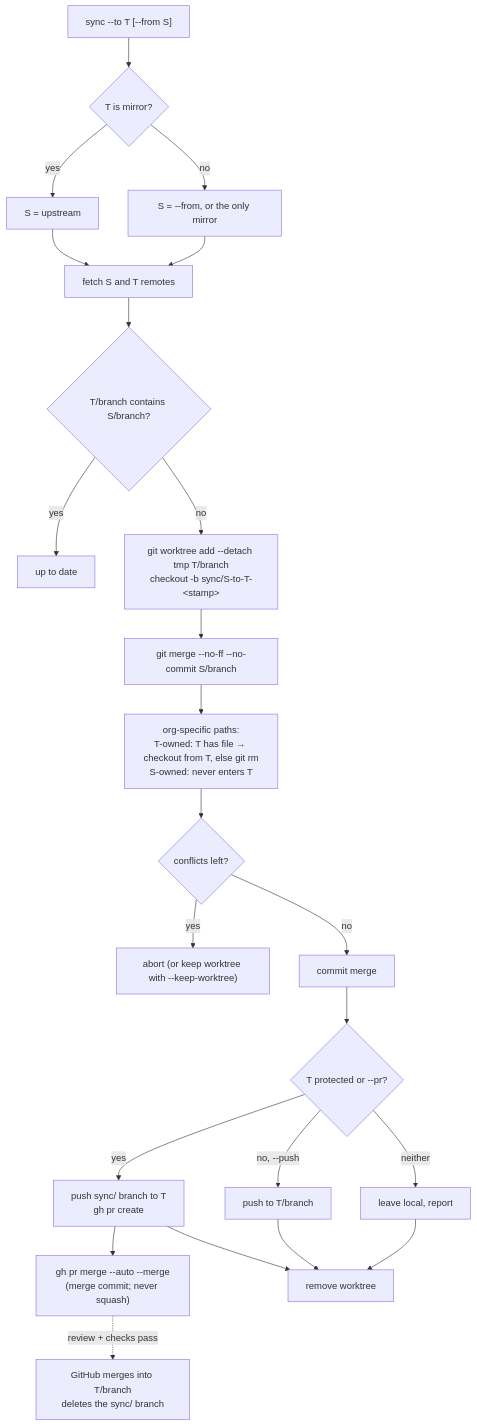
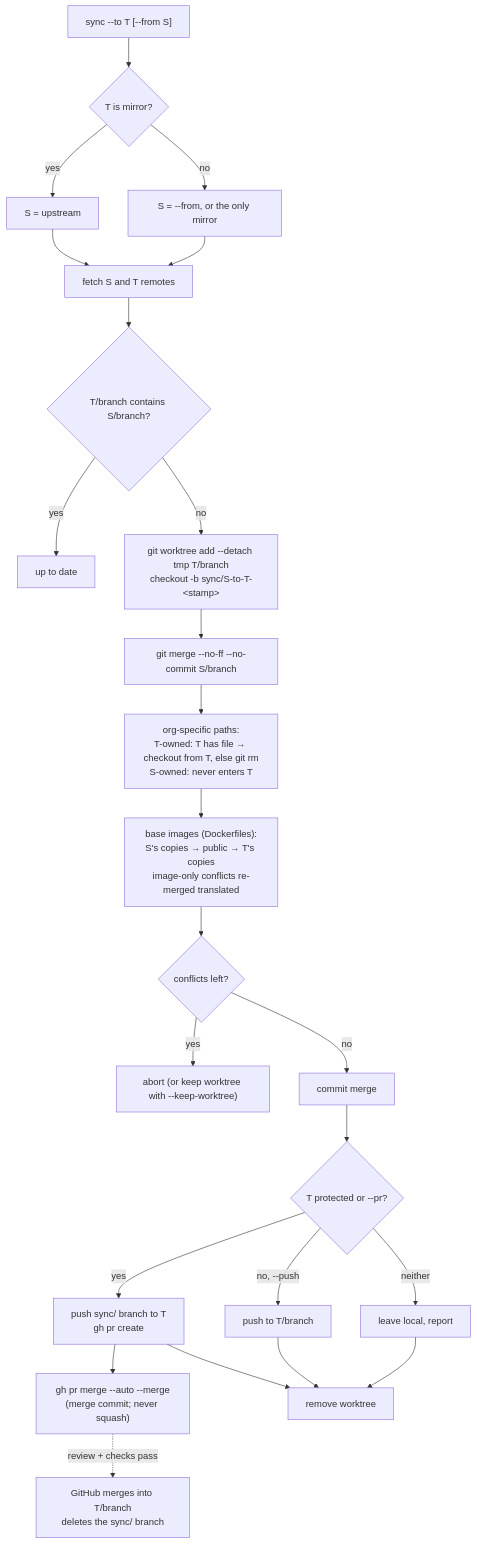
One commit to reactorynet/reactory-workspace changed the fourth of 5 diagrams in docs/ARCHITECTURE.md. Above: the diagram before and after it, drawn with Mermaid. The commit also changed other lines of this file and 4 other files, not shown here.

First line of the commit message:
Sync: rewrite Dockerfile base images per org (base_images) (#6)

````diff
--- a/docs/ARCHITECTURE.md
+++ b/docs/ARCHITECTURE.md
@@ -126,25 +126,26 @@
 ```mermaid
 flowchart TD
     A["sync --to T [--from S]"] --> B{"T is mirror?"}
     B -->|yes| S1["S = upstream"]
     B -->|no| S2["S = --from, or the only mirror"]
     S1 --> C
     S2 --> C
     C["fetch S and T remotes"] --> D{"T/branch contains S/branch?"}
     D -->|yes| UP["up to date"]
     D -->|no| W["git worktree add --detach tmp T/branch<br/>checkout -b sync/S-to-T-&lt;stamp&gt;"]
     W --> M["git merge --no-ff --no-commit S/branch"]
     M --> P["org-specific paths:<br/>T-owned: T has file → checkout from T, else git rm<br/>S-owned: never enters T"]
-    P --> K{"conflicts left?"}
+    P --> I["base images (Dockerfiles):<br/>S's copies → public → T's copies<br/>image-only conflicts re-merged translated"]
+    I --> K{"conflicts left?"}
     K -->|yes| X["abort (or keep worktree with --keep-worktree)"]
     K -->|no| CM["commit merge"]
     CM --> Q{"T protected or --pr?"}
     Q -->|yes| PR["push sync/ branch to T<br/>gh pr create"]
     PR --> AM["gh pr merge --auto --merge<br/>(merge commit; never squash)"]
     AM -.->|review + checks pass| GHM["GitHub merges into T/branch<br/>deletes the sync/ branch"]
     Q -->|no, --push| DP["push to T/branch"]
     Q -->|neither| L["leave local, report"]
     PR --> Z["remove worktree"]
     DP --> Z
     L --> Z
 ```
````
